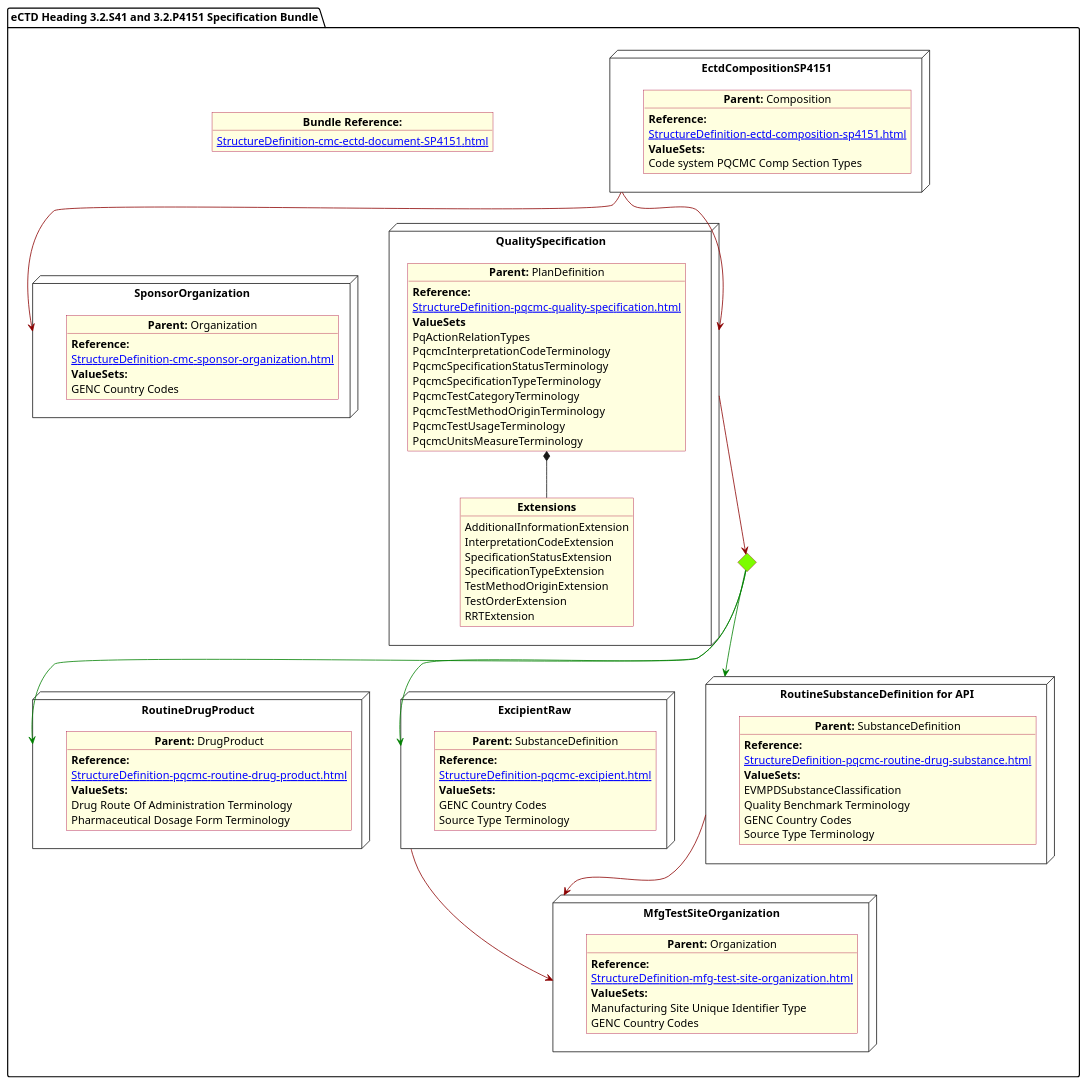
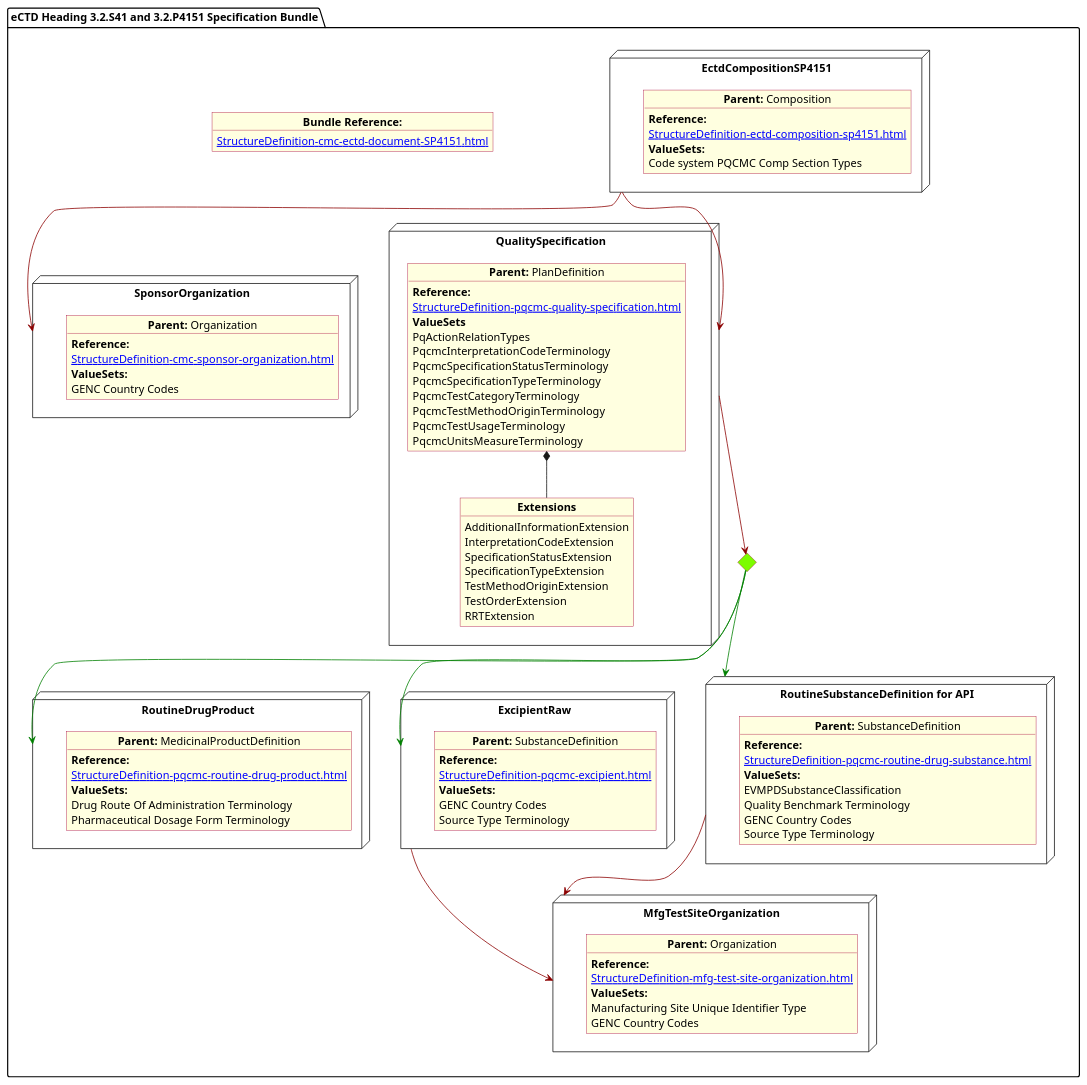
Before and after one commit to HL7/FHIR-us-pq-cmc-fda: the diagram in input/images-source/Specification.plantuml, drawn with PlantUML. The commit also changed 30 other files, not shown here.

```diff
--- a/input/images-source/Specification.plantuml
+++ b/input/images-source/Specification.plantuml
@@ -1,110 +1,110 @@
 @startuml Specification
 allowmixing
 'Mixed model of use case and object
 skinparam svgDimensionStyle false
 skinparam ObjectBackgroundColor LightYellow
 skinparam ObjectBorderColor #A80036
 skinparam activityDiamondBorderColor #A80036
 skinparam activityDiamondBackgroundColor lawnGreen
 skinparam ClassBorderThickness 4
 
 package "eCTD Heading 3.2.S41 and 3.2.P4151 Specification Bundle" as NODES {
 object "**Bundle Reference:**" as objbun {
               [[StructureDefinition-cmc-ectd-document-SP4151.html]]
     }  
   node "RoutineDrugProduct" as NN { 
-      object "**Parent:** DrugProduct" as obj3 {
+      object "**Parent:** MedicinalProductDefinition" as obj3 {
          **Reference:**
       [[StructureDefinition-pqcmc-routine-drug-product.html]]
         **ValueSets:**
         Drug Route Of Administration Terminology
         Pharmaceutical Dosage Form Terminology
           
       }
 }
 node "ExcipientRaw" as N21 { 
       object "**Parent:** SubstanceDefinition" as obj22 {
          **Reference:**
       [[StructureDefinition-pqcmc-excipient.html]]
         **ValueSets:**
           GENC Country Codes
           Source Type Terminology
     }
 }
 node "MfgTestSiteOrganization" as N21mfg { 
     object "**Parent:** Organization" as objTS  {
        **Reference:**
       [[StructureDefinition-mfg-test-site-organization.html]]
         **ValueSets:**
          Manufacturing Site Unique Identifier Type
          GENC Country Codes
     }
 }
 
 node "EctdCompositionSP4151" as N1 { 
       object "**Parent:** Composition" as obj1 {
          **Reference:**
       [[StructureDefinition-ectd-composition-sp4151.html]]
       **ValueSets:**
   Code system PQCMC Comp Section Types
     }
 }
 node "SponsorOrganization" as NMSpon { 
       object "**Parent:** Organization" as objDP {
         **Reference:**
       [[StructureDefinition-cmc-sponsor-organization.html]]
          **ValueSets:**
         GENC Country Codes
     }
 }
 
  node "RoutineSubstanceDefinition for API" as NNS { 
       object "**Parent:** SubstanceDefinition" as obj4 {
          **Reference:**
       [[StructureDefinition-pqcmc-routine-drug-substance.html]]
                 **ValueSets:**
                 EVMPDSubstanceClassification
                 Quality Benchmark Terminology
                 GENC Country Codes
                 Source Type Terminology
       }
 }
 
 diamond CH
 
   node "QualitySpecification" as N2 { 
       object "**Parent:** PlanDefinition" as obj2 {
          **Reference:**
       [[StructureDefinition-pqcmc-quality-specification.html]]
         **ValueSets**
         PqActionRelationTypes
         PqcmcInterpretationCodeTerminology
         PqcmcSpecificationStatusTerminology
         PqcmcSpecificationTypeTerminology
         PqcmcTestCategoryTerminology
         PqcmcTestMethodOriginTerminology
         PqcmcTestUsageTerminology
         PqcmcUnitsMeasureTerminology
     }
         object "**Extensions**" as objQSEx {
         AdditionalInformationExtension
         InterpretationCodeExtension
         SpecificationStatusExtension
         SpecificationTypeExtension
         TestMethodOriginExtension
         TestOrderExtension
         RRTExtension
     }
     obj2 *-- objQSEx
 }
 
 N1 -[#darkred]-> NMSpon
 N1 -[#darkred]-> N2
 N2 -[#darkred]-> CH
 CH -[#green]-> N21
 CH -[#green]-> NNS
 CH -[#green]-> NN
 NNS -[#darkred]-> N21mfg
 N21 -[#darkred]-> N21mfg
 }
 @enduml
```
